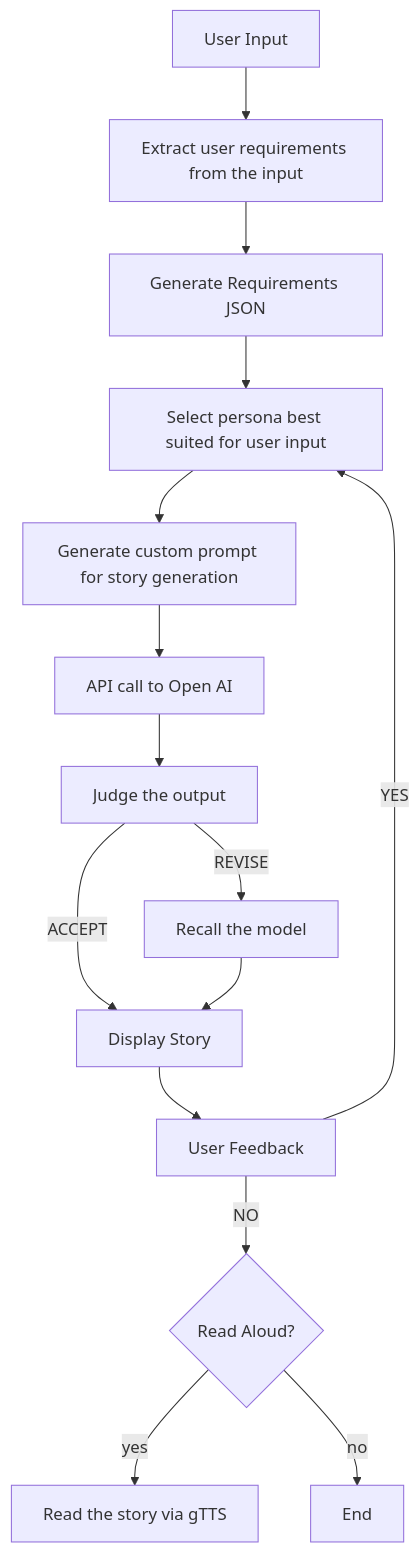
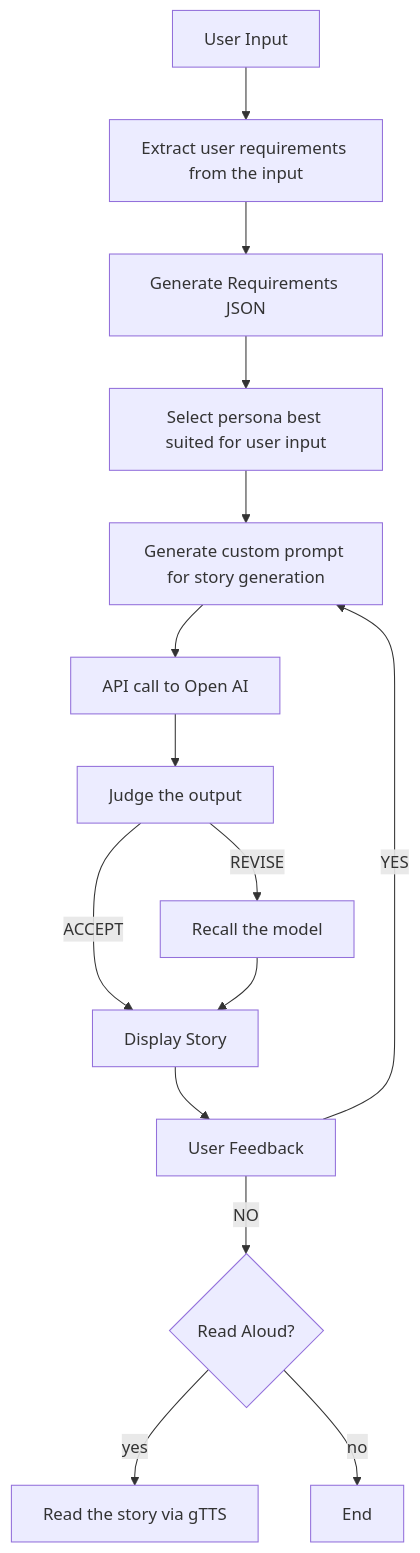
The diagram in README.md (Deekshita-karingula-01/Multi-Agent-Story-Generator), drawn with Mermaid before and after one commit.

````diff
--- a/README.md
+++ b/README.md
@@ -38,17 +38,17 @@
 ```mermaid
 flowchart TD
   A[User Input] --> B[Extract user requirements from the input]
   B --> C[Generate Requirements JSON]
   C --> D[Select persona best suited for user input]
   D --> E[Generate custom prompt for story generation]
   E --> F[API call to Open AI]
   F --> G[Judge the output]
   G -- "ACCEPT" --> H[Display Story]
   G -- "REVISE" --> I[Recall the model]
   I --> H
   H --> J[User Feedback]
   J -- "NO" --> K{Read Aloud?}
-  J -- "YES" --> D
+  J -- "YES" --> E
   K -- "yes" --> L[Read the story via gTTS]
   K -- "no" --> M[End]
 ```
````
